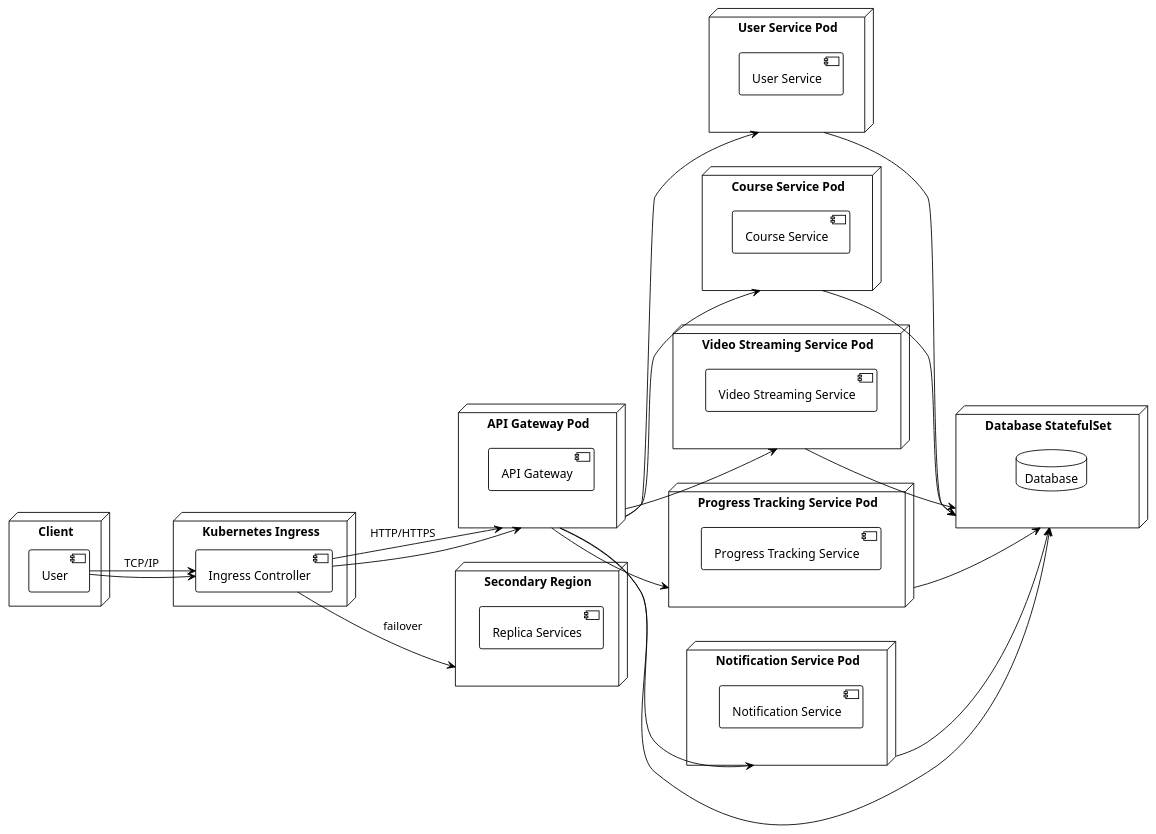
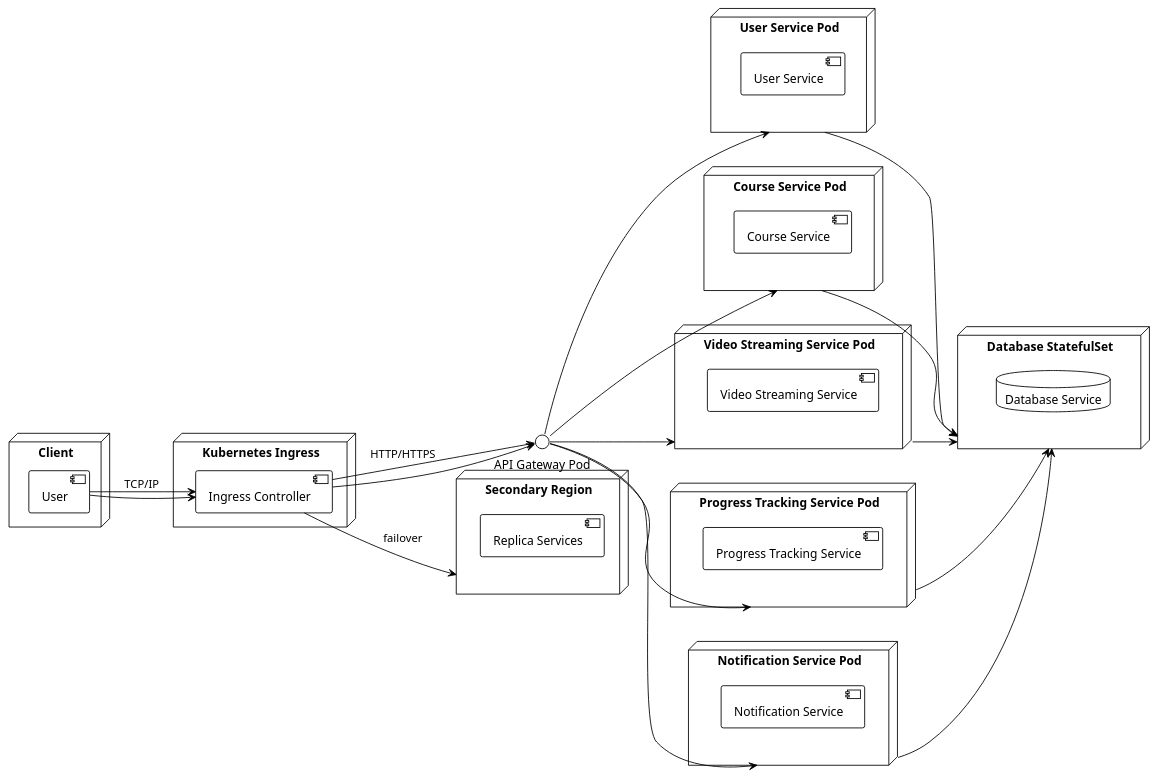
Before and after one commit to YoumnaHanyy/GPARCHIMIND: the diagram in output/deployment_view.puml, drawn with PlantUML. The commit also changed 16 other files, not shown here.

```diff
--- a/output/deployment_view.puml
+++ b/output/deployment_view.puml
@@ -1,50 +1,46 @@
 @startuml
 !theme plain
 left to right direction
 node "Client" {
   component "User"
 }
 node "Kubernetes Ingress" {
   component "Ingress Controller"
 }
 node "User Service Pod" {
   component "User Service"
 }
 node "Course Service Pod" {
   component "Course Service"
 }
 node "Video Streaming Service Pod" {
   component "Video Streaming Service"
 }
 node "Progress Tracking Service Pod" {
   component "Progress Tracking Service"
 }
 node "Notification Service Pod" {
   component "Notification Service"
 }
-node "API Gateway Pod" {
-  component "API Gateway"
-}
 node "Database StatefulSet" {
-  database "Database"
+  database "Database Service"
 }
 "User" --> "Ingress Controller" : TCP/IP
 "Ingress Controller" --> "API Gateway Pod" : HTTP/HTTPS
 "User" --> "Ingress Controller"
 "Ingress Controller" --> "API Gateway Pod"
 "API Gateway Pod" --> "User Service Pod"
 "API Gateway Pod" --> "Course Service Pod"
 "API Gateway Pod" --> "Video Streaming Service Pod"
 "API Gateway Pod" --> "Progress Tracking Service Pod"
 "API Gateway Pod" --> "Notification Service Pod"
 "User Service Pod" --> "Database StatefulSet"
 "Course Service Pod" --> "Database StatefulSet"
 "Video Streaming Service Pod" --> "Database StatefulSet"
 "Progress Tracking Service Pod" --> "Database StatefulSet"
 "Notification Service Pod" --> "Database StatefulSet"
-"API Gateway Pod" --> "Database StatefulSet"
 node "Secondary Region" {
   component "Replica Services"
 }
 "Ingress Controller" --> "Secondary Region" : failover
 @enduml
```
